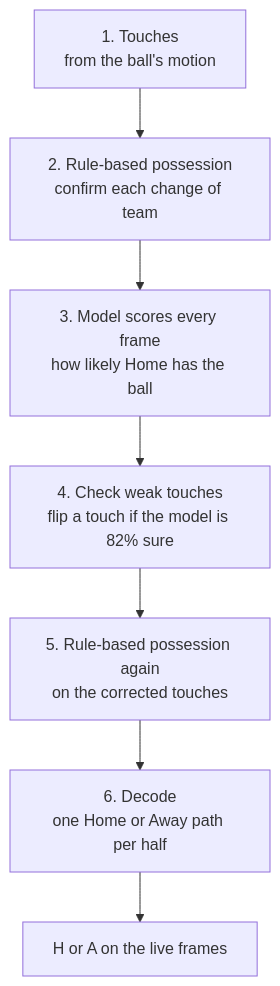
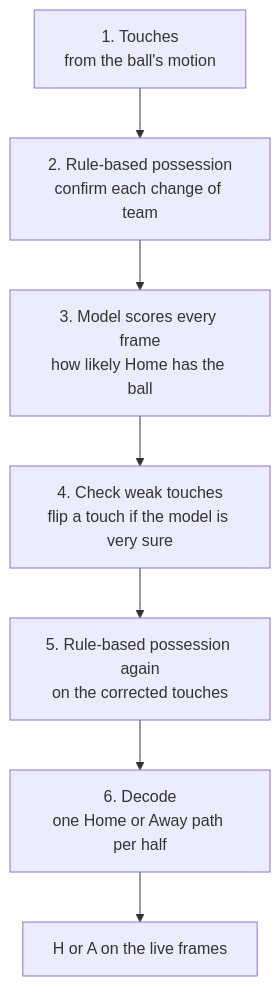
Before and after one commit to AbhinavPrabhat/mtah2027-submission: the third of 3 diagrams in TECHNICAL_DOC.md, drawn with Mermaid. The commit also changed other lines of this file and 1 other file, not shown here.

````diff
--- a/TECHNICAL_DOC.md
+++ b/TECHNICAL_DOC.md
@@ -223,9 +178,9 @@
 ```mermaid
 flowchart TB
     A[1. Touches<br/>from the ball's motion] --> B[2. Rule-based possession<br/>confirm each change of team]
     B --> C[3. Model scores every frame<br/>how likely Home has the ball]
-    C --> D[4. Check weak touches<br/>flip a touch if the model is 82% sure]
+    C --> D[4. Check weak touches<br/>flip a touch if the model is very sure]
     D --> E[5. Rule-based possession again<br/>on the corrected touches]
     E --> F[6. Decode<br/>one Home or Away path per half]
     F --> G[H or A on the live frames]
 ```
````
